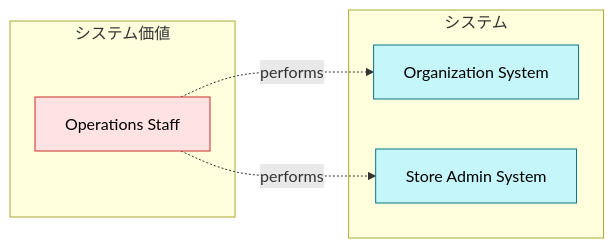
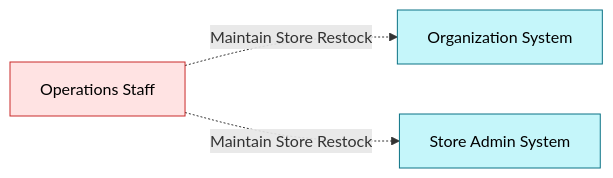
The diagram in samples/incremental-order/step-6-business-rules/out/context.mmd (manji-0/rdra-ish-dsl), drawn with Mermaid before and after one commit. The commit also changed 10 other files, not shown here.

```diff
--- a/samples/incremental-order/step-6-business-rules/out/context.mmd
+++ b/samples/incremental-order/step-6-business-rules/out/context.mmd
@@ -1,18 +1,13 @@
 %% rdra-ish diagram=context scope=whole model=samples/incremental-order/step-6-business-rules/src
-%% layers: value=システム価値 system=システム
 %% kinds: actor system
 %% omitted: buc permission
 flowchart LR
-  subgraph layer_value["システム価値"]
-    actor__OpsStaff["Operations Staff"]:::actor
-  end
-  subgraph layer_system["システム"]
-    system__OrganizationSystem["Organization System"]:::system
-    system__StoreAdminSystem["Store Admin System"]:::system
-  end
-  actor__OpsStaff -.->|performs| system__OrganizationSystem
+  actor__OpsStaff["Operations Staff"]:::actor
+  system__OrganizationSystem["Organization System"]:::system
+  system__StoreAdminSystem["Store Admin System"]:::system
+  actor__OpsStaff -.->|Maintain Store Restock| system__OrganizationSystem
   %% derived actor__OpsStaff -> system__OrganizationSystem via buc__BucStoreRestock
-  actor__OpsStaff -.->|performs| system__StoreAdminSystem
+  actor__OpsStaff -.->|Maintain Store Restock| system__StoreAdminSystem
   %% derived actor__OpsStaff -> system__StoreAdminSystem via buc__BucStoreRestock
   classDef actor fill:#ffe3e3,stroke:#c92a2a,color:#000;
   classDef system fill:#c5f6fa,stroke:#0b7285,color:#000;
```
